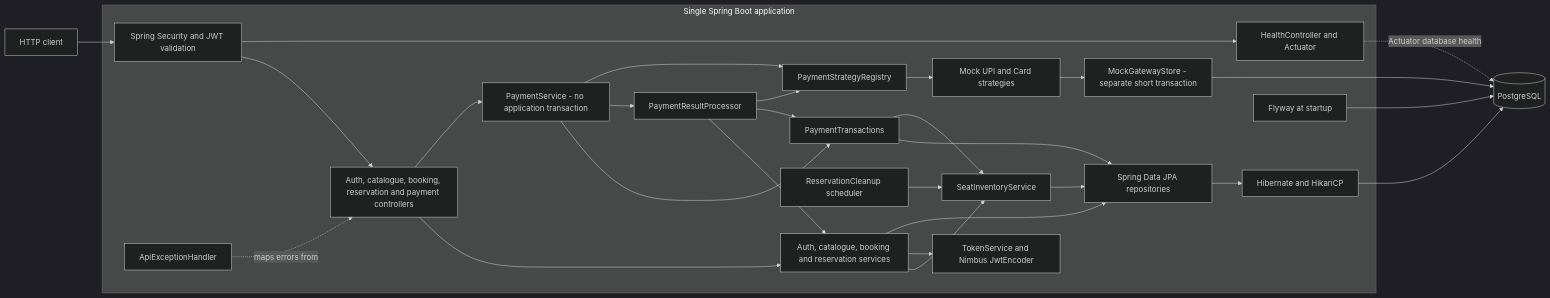
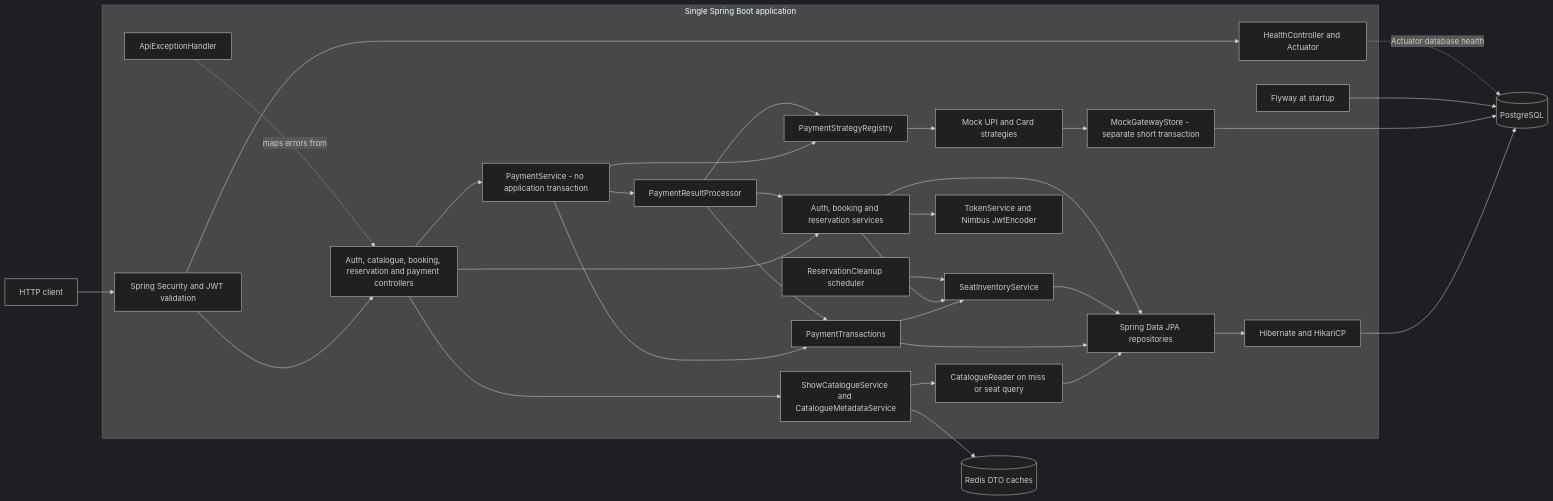
Before and after one commit to Avnish666/Tbooker: the first of 4 diagrams in docs/HLD.md, drawn with Mermaid (dark theme). The commit also changed other lines of this file and 41 other files, not shown here.

Commit message:
Add Redis catalogue caching and performance verification

````diff
--- a/docs/HLD.md
+++ b/docs/HLD.md
@@ -37,33 +38,37 @@
 ```mermaid
 flowchart LR
     Client[HTTP client] --> Security[Spring Security and JWT validation]
     subgraph App[Single Spring Boot application]
         Security --> Controllers[Auth, catalogue, booking, reservation and payment controllers]
-        Controllers --> Services[Auth, catalogue, booking and reservation services]
+        Controllers --> Catalogue[ShowCatalogueService and CatalogueMetadataService]
+        Catalogue --> Reader[CatalogueReader on miss or seat query]
+        Reader --> Repositories
+        Controllers --> Services[Auth, booking and reservation services]
         Controllers --> Payments[PaymentService - no application transaction]
         Payments --> Tx[PaymentTransactions]
         Payments --> Processor[PaymentResultProcessor]
         Processor --> Services
         Processor --> Tx
         Payments --> Registry[PaymentStrategyRegistry]
         Processor --> Registry
         Registry --> Strategies[Mock UPI and Card strategies]
         Strategies --> Mock[MockGatewayStore - separate short transaction]
         Tx --> Repositories
         Tx --> Inventory
         Services --> Inventory[SeatInventoryService]
         Cleanup[ReservationCleanup scheduler] --> Inventory
         Inventory --> Repositories
         Services --> Tokens[TokenService and Nimbus JwtEncoder]
         Services --> Repositories[Spring Data JPA repositories]
         Repositories --> Persistence[Hibernate and HikariCP]
         Advice[ApiExceptionHandler] -. maps errors from .-> Controllers
         Health[HealthController and Actuator]
         Flyway[Flyway at startup]
     end
     Security --> Health
+    Catalogue --> Redis[(Redis DTO caches)]
     Persistence --> DB[(PostgreSQL)]
     Mock --> DB
     Flyway --> DB
     Health -. Actuator database health .-> DB
 ```
````
